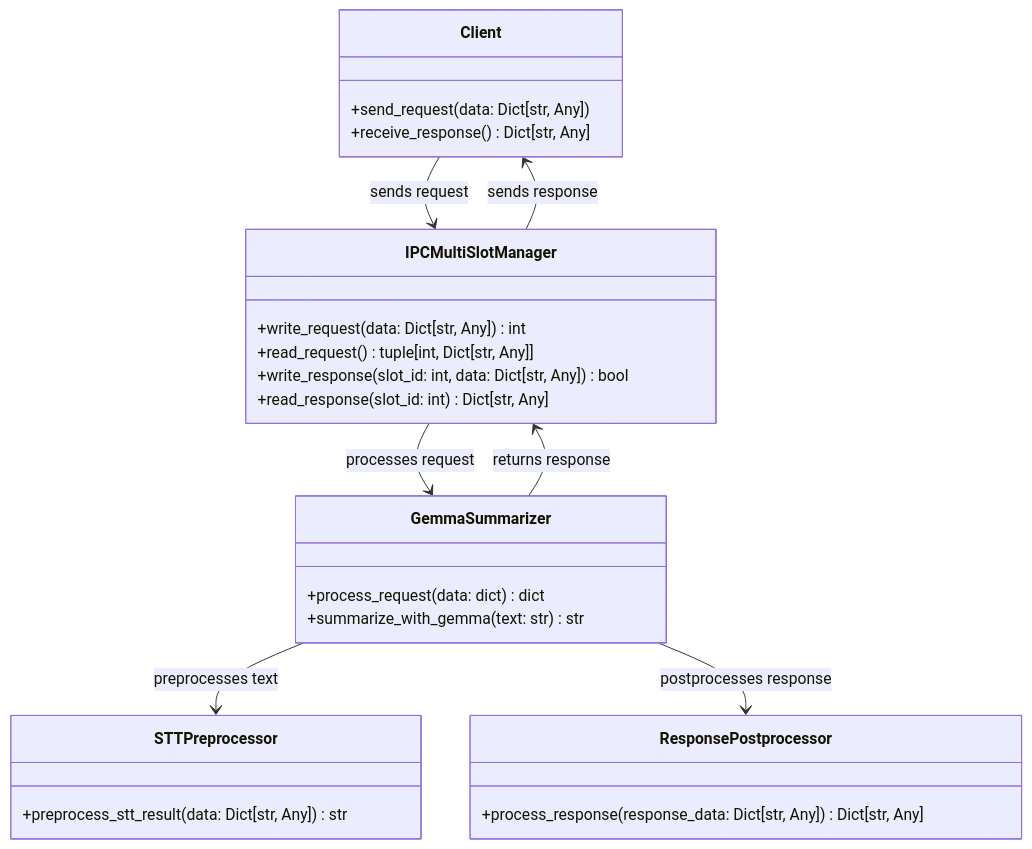
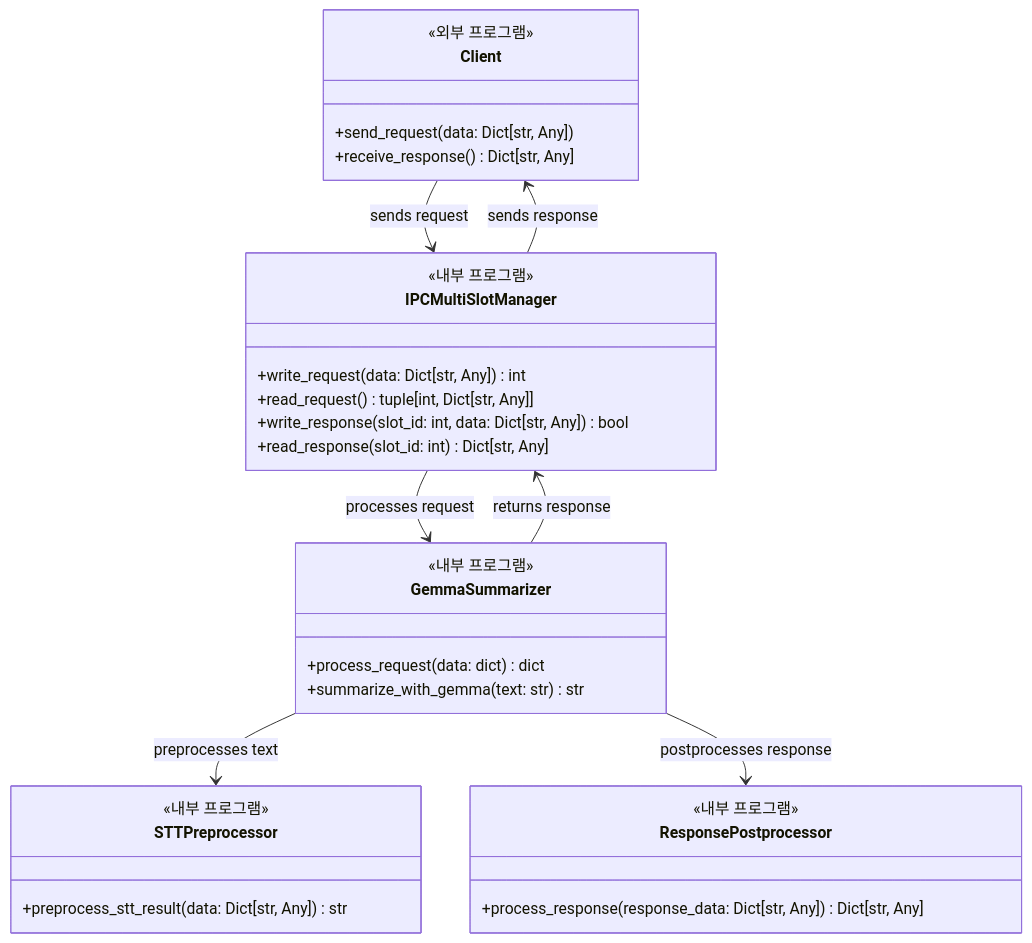
The eighth of 8 diagrams in class_diagram.md (hak023/gemma-summarizer-poc), drawn with Mermaid before and after one commit. The commit also changed other lines of this file and 2 other files, not shown here.

Commit message:
모든 다이어그램에 외부/내부 프로그램 구분 적용 및 rgba->rgb 변경
- sequence_diagram.md: rgba를 rgb로 변경 (GitHub 호환성)
- workflow_diagram.md: 데이터 흐름 시퀀스 다이어그램에 외부/내부 구분 적용
- class_diagram.md: 데이터 흐름 클래스 다이어그램에 스테레오타입으로 외부/내부 구분
- 모든 다이어그램에서 클라이언트(외부)와 내부 컴포넌트들을 명확히 구분 표시
- 시스템 구성 요소 구분 설명 섹션 추가

````diff
--- a/class_diagram.md
+++ b/class_diagram.md
@@ -375,34 +375,41 @@
 ```mermaid
 classDiagram
+    %% 외부 프로그램
     class Client {
+        <<외부 프로그램>>
         +send_request(data: Dict[str, Any])
         +receive_response() Dict[str, Any]
     }
 
+    %% 내부 프로그램 컴포넌트들
     class IPCMultiSlotManager {
+        <<내부 프로그램>>
         +write_request(data: Dict[str, Any]) int
         +read_request() tuple[int, Dict[str, Any]]
         +write_response(slot_id: int, data: Dict[str, Any]) bool
         +read_response(slot_id: int) Dict[str, Any]
     }
 
     class GemmaSummarizer {
+        <<내부 프로그램>>
         +process_request(data: dict) dict
         +summarize_with_gemma(text: str) str
     }
 
     class STTPreprocessor {
+        <<내부 프로그램>>
         +preprocess_stt_result(data: Dict[str, Any]) str
     }
 
     class ResponsePostprocessor {
+        <<내부 프로그램>>
         +process_response(response_data: Dict[str, Any]) Dict[str, Any]
     }
 
     Client --> IPCMultiSlotManager : sends request
     IPCMultiSlotManager --> GemmaSummarizer : processes request
     GemmaSummarizer --> STTPreprocessor : preprocesses text
     GemmaSummarizer --> ResponsePostprocessor : postprocesses response
     GemmaSummarizer --> IPCMultiSlotManager : returns response
     IPCMultiSlotManager --> Client : sends response
 ```
````
